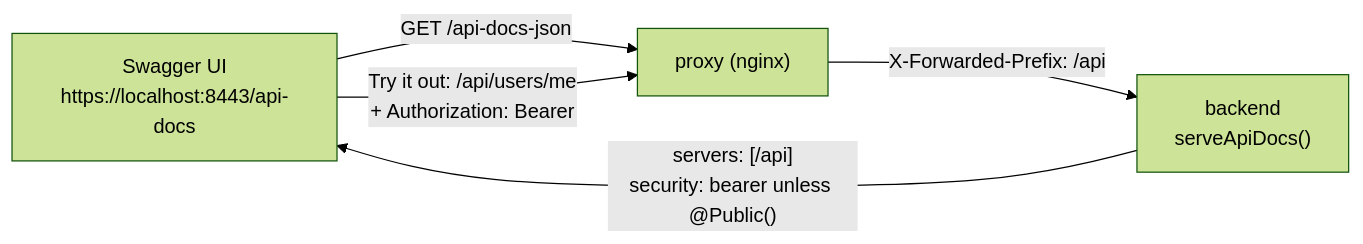
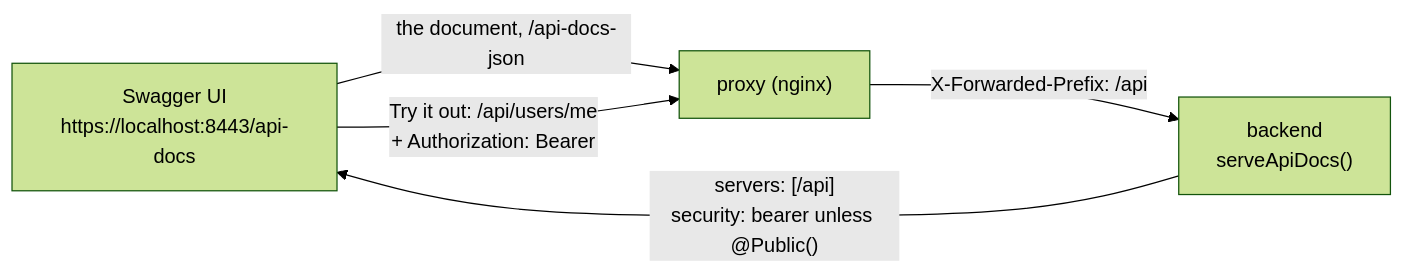
The sixth of 6 diagrams in docs/diagrams/network.md (kidp8479/42_hypertube), drawn with Mermaid (forest theme) before and after one commit.

Commit message:
docs(HYP-40): cite the OpenAPI document without a method
check-docs reads METHOD /path as a controller route; Swagger serves this one.

````diff
--- a/docs/diagrams/network.md
+++ b/docs/diagrams/network.md
@@ -137,10 +137,10 @@
 ```mermaid
 flowchart LR
     ui["Swagger UI<br/>https://localhost:8443/api-docs"]
     proxy["proxy (nginx)"]
     backend["backend<br/>serveApiDocs()"]
-    ui -- "GET /api-docs-json" --> proxy
+    ui -- "the document, /api-docs-json" --> proxy
     proxy -- "X-Forwarded-Prefix: /api" --> backend
     backend -- "servers: [/api]<br/>security: bearer unless @Public()" --> ui
     ui -- "Try it out: /api/users/me<br/>+ Authorization: Bearer" --> proxy
 ```
````
